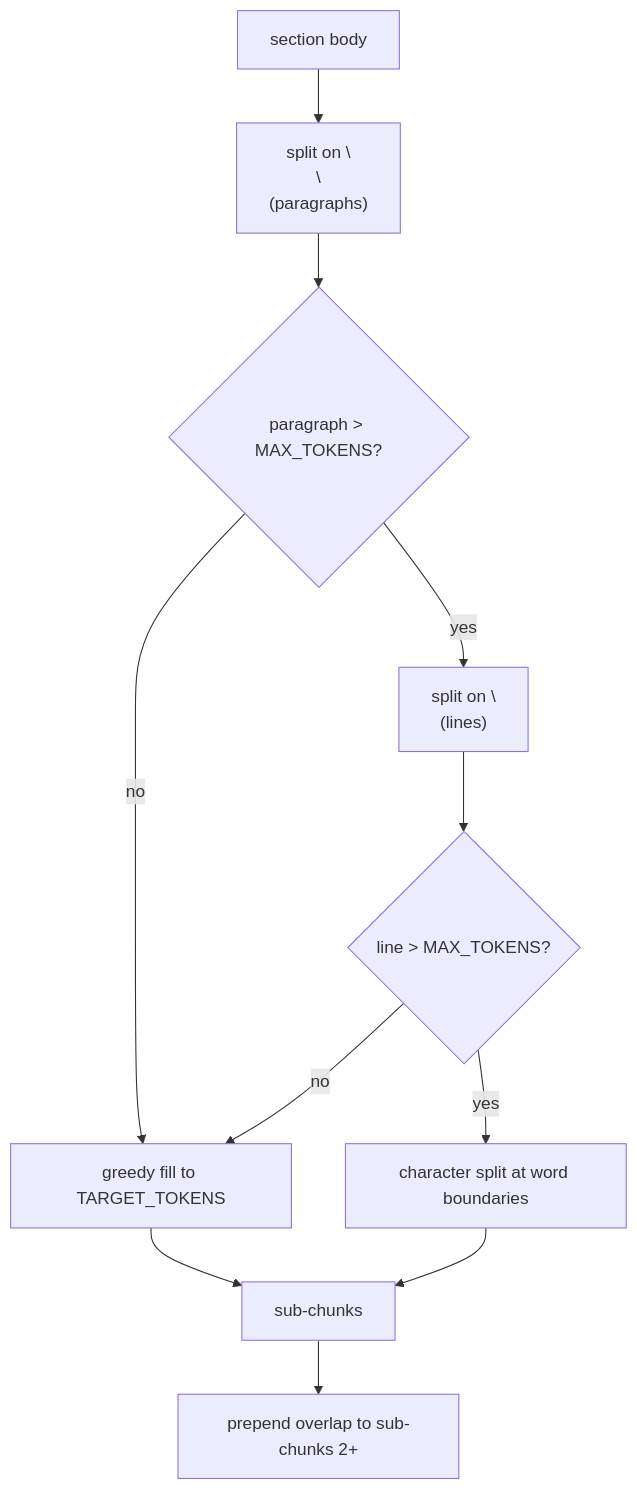
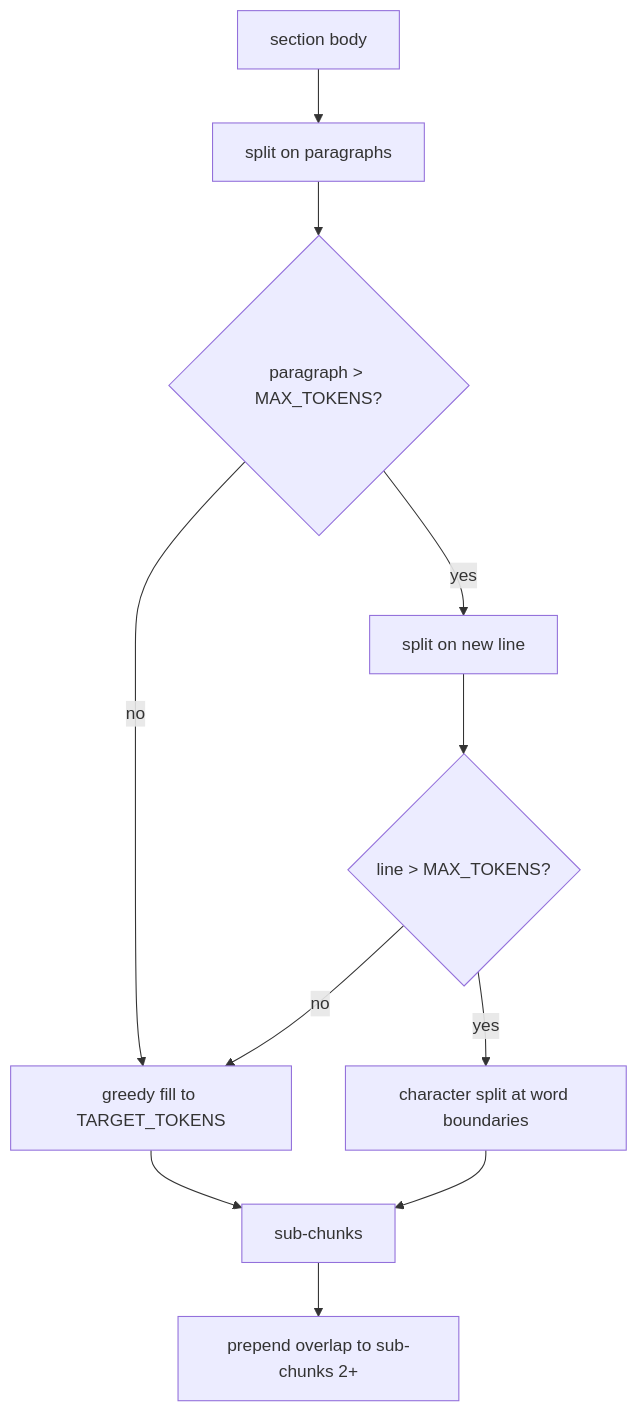
One commit to RohanImmanuel/wdio-supporteval-copilot changed the third of 3 diagrams in ingestion/README.md. Above: the diagram before and after it, drawn with Mermaid.

Commit message:
docs(ingestion): clarify split labels in large section diagram

````diff
--- a/ingestion/README.md
+++ b/ingestion/README.md
@@ -79,13 +79,13 @@
 ```mermaid
 flowchart TD
-    A[section body] --> B["split on \\n\\n (paragraphs)"]
+    A[section body] --> B["split on paragraphs"]
     B --> C{paragraph > MAX_TOKENS?}
-    C -- yes --> D["split on \\n (lines)"]
+    C -- yes --> D["split on new line"]
     C -- no --> E[greedy fill to TARGET_TOKENS]
     D --> F{line > MAX_TOKENS?}
     F -- yes --> G[character split at word boundaries]
     F -- no --> E
     E --> H[sub-chunks]
     G --> H
     H --> I[prepend overlap to sub-chunks 2+]
 ```
````
